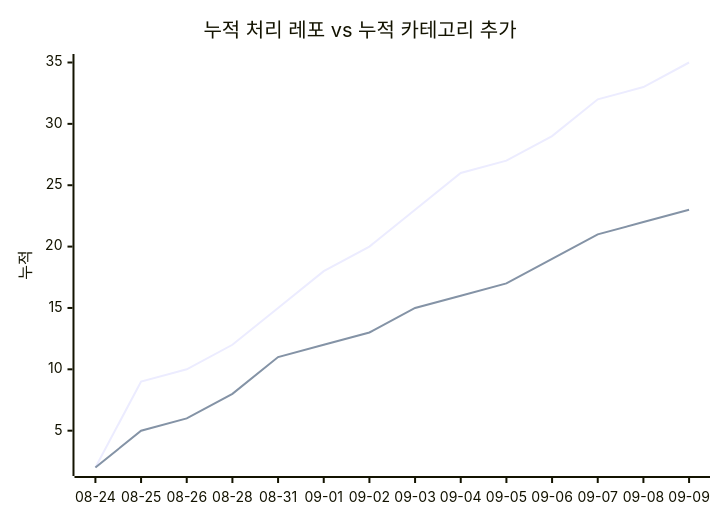
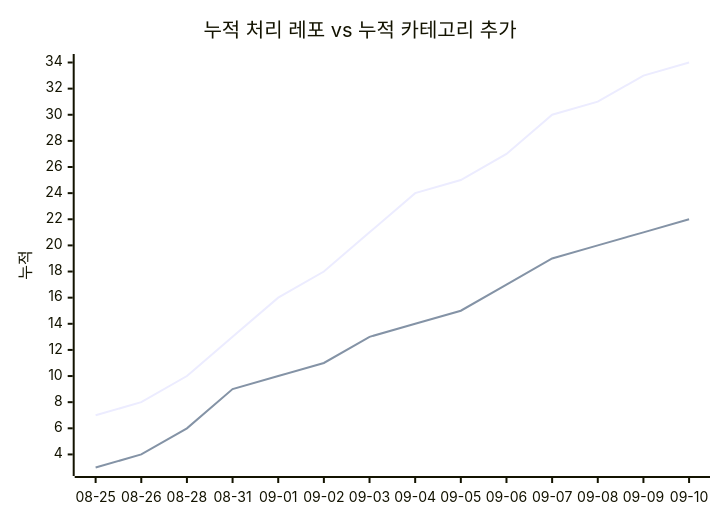
Before and after one commit to J-nowcow/awesome-korean-agent-skills: the second of 2 diagrams in docs/trends.md, drawn with Mermaid. The commit also changed other lines of this file and 4 other files, not shown here.

````diff
--- a/docs/trends.md
+++ b/docs/trends.md
@@ -68,8 +68,8 @@
 ```mermaid
 xychart-beta
     title "누적 처리 레포 vs 누적 카테고리 추가"
-    x-axis ["08-24","08-25","08-26","08-28","08-31","09-01","09-02","09-03","09-04","09-05","09-06","09-07","09-08","09-09"]
+    x-axis ["08-25","08-26","08-28","08-31","09-01","09-02","09-03","09-04","09-05","09-06","09-07","09-08","09-09","09-10"]
     y-axis "누적"
-    line [2,9,10,12,15,18,20,23,26,27,29,32,33,35]
-    line [2,5,6,8,11,12,13,15,16,17,19,21,22,23]
+    line [7,8,10,13,16,18,21,24,25,27,30,31,33,34]
+    line [3,4,6,9,10,11,13,14,15,17,19,20,21,22]
 ```
````
